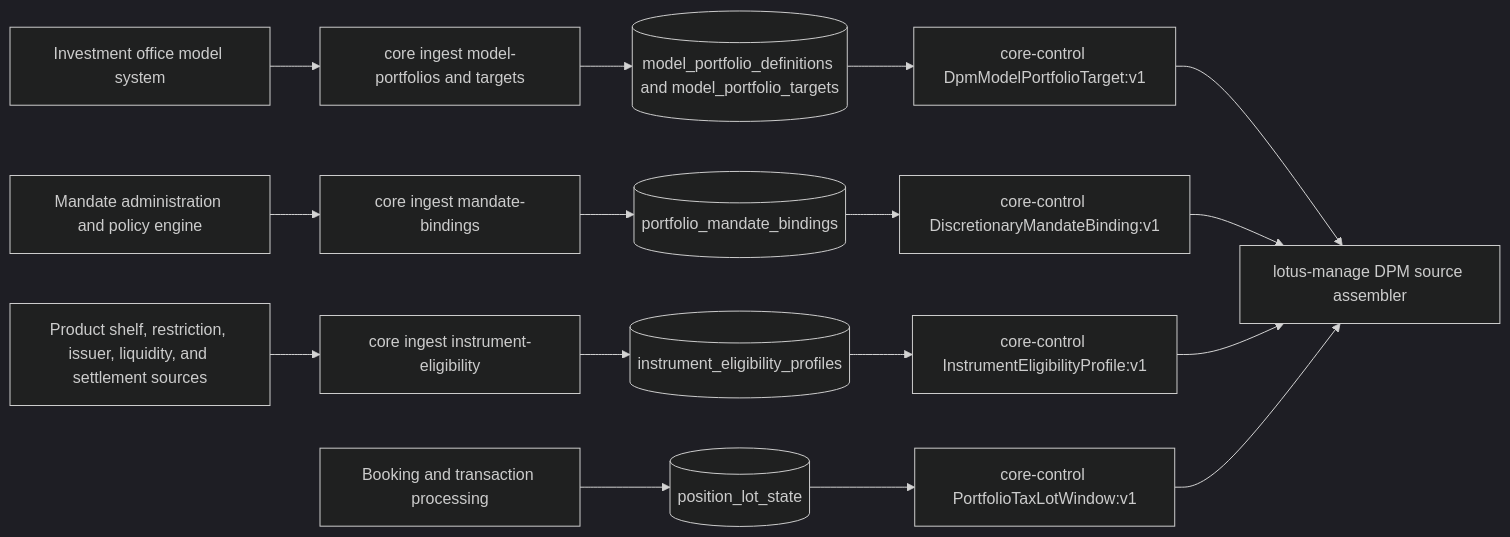
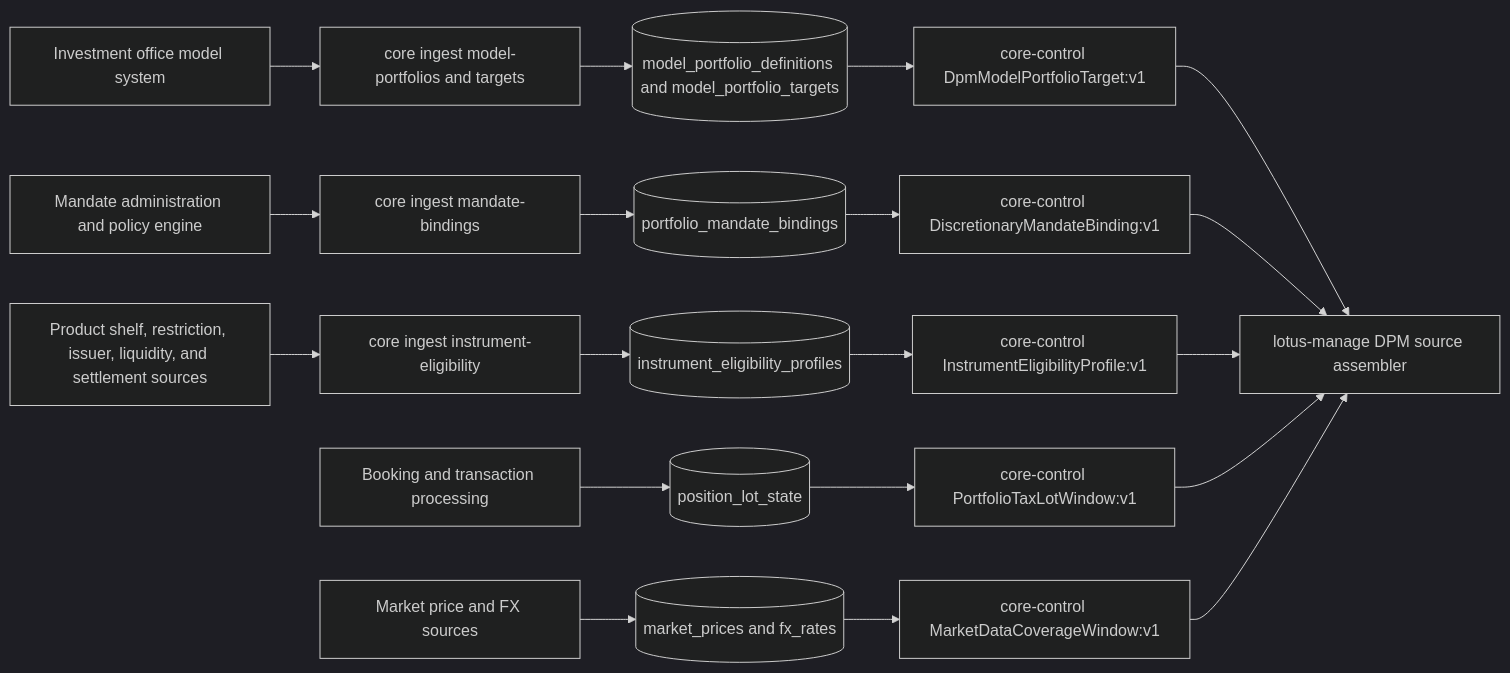
Before and after one commit to sgajbi/lotus-core: the diagram in wiki/Mesh-Data-Products.md, drawn with Mermaid (dark theme). The commit also changed other lines of this file and 20 other files, not shown here.

Commit message:
feat: add DPM market data coverage source product

````diff
--- a/wiki/Mesh-Data-Products.md
+++ b/wiki/Mesh-Data-Products.md
@@ -26,18 +27,21 @@
 ```mermaid
 flowchart LR
     Upstream[Investment office model system] --> Ingest[core ingest model-portfolios and targets]
     Mandate[Mandate administration and policy engine] --> BindIngest[core ingest mandate-bindings]
     Eligibility[Product shelf, restriction, issuer, liquidity, and settlement sources] --> EligibilityIngest[core ingest instrument-eligibility]
     Booking[Booking and transaction processing] --> LotState[(position_lot_state)]
+    Market[Market price and FX sources] --> MarketStore[(market_prices and fx_rates)]
     Ingest --> Store[(model_portfolio_definitions and model_portfolio_targets)]
     BindIngest --> BindingStore[(portfolio_mandate_bindings)]
     EligibilityIngest --> EligibilityStore[(instrument_eligibility_profiles)]
     Store --> API[core-control DpmModelPortfolioTarget:v1]
     BindingStore --> BindingAPI[core-control DiscretionaryMandateBinding:v1]
     EligibilityStore --> EligibilityAPI[core-control InstrumentEligibilityProfile:v1]
     LotState --> TaxLotAPI[core-control PortfolioTaxLotWindow:v1]
+    MarketStore --> MarketAPI[core-control MarketDataCoverageWindow:v1]
     API --> Manage[lotus-manage DPM source assembler]
     BindingAPI --> Manage
     EligibilityAPI --> Manage
     TaxLotAPI --> Manage
+    MarketAPI --> Manage
 ```
````
